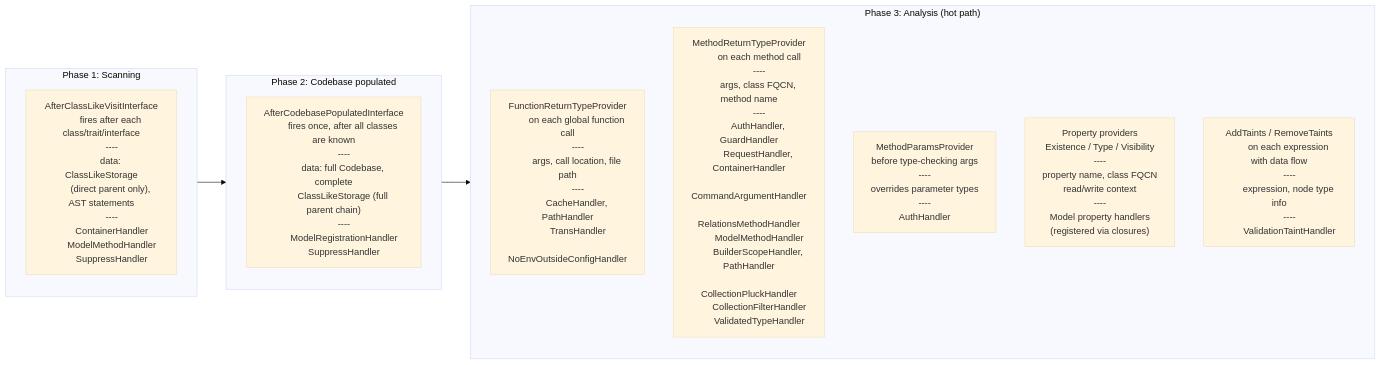
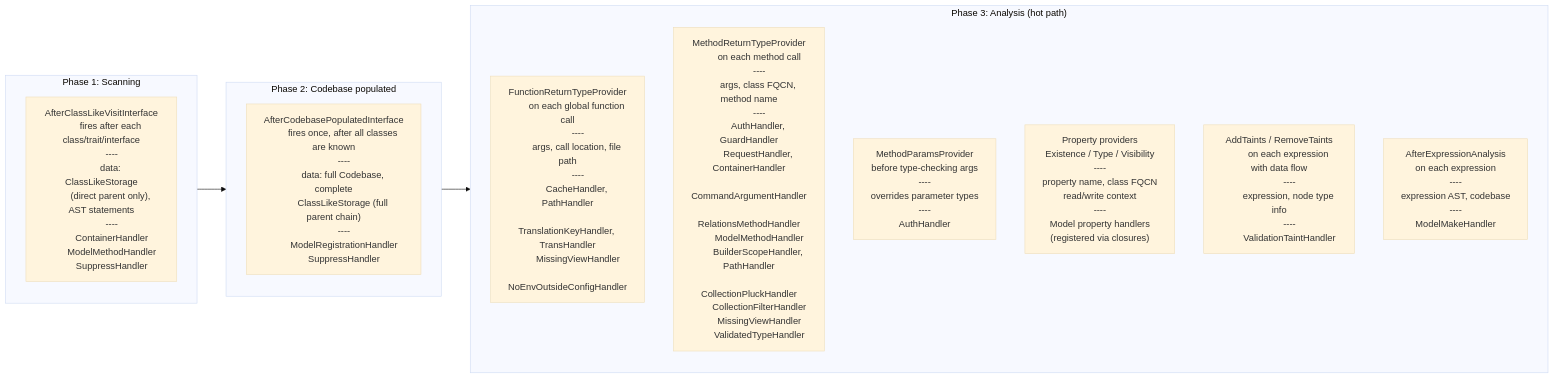
Before and after one commit to psalm/psalm-plugin-laravel: the second of 2 diagrams in docs/contribute/README.md, drawn with Mermaid (base theme). The commit also changed other lines of this file and 16 other files, not shown here.

```diff
--- a/docs/contribute/README.md
+++ b/docs/contribute/README.md
@@ -156,7 +158,8 @@
         args, call location, file path
         ----
         CacheHandler, PathHandler
-        TransHandler
+        TranslationKeyHandler, TransHandler
+        MissingViewHandler
         NoEnvOutsideConfigHandler"]
 
         A2["MethodReturnTypeProvider
@@ -172,6 +175,7 @@
         BuilderScopeHandler, PathHandler
         CollectionPluckHandler
         CollectionFilterHandler
+        MissingViewHandler
         ValidatedTypeHandler"]
 
         A3["MethodParamsProvider
@@ -196,6 +200,13 @@
         expression, node type info
         ----
         ValidationTaintHandler"]
+
+        A6["AfterExpressionAnalysis
+        on each expression
+        ----
+        expression AST, codebase
+        ----
+        ModelMakeHandler"]
     end
 
     scanning --> populated --> analysis
```
